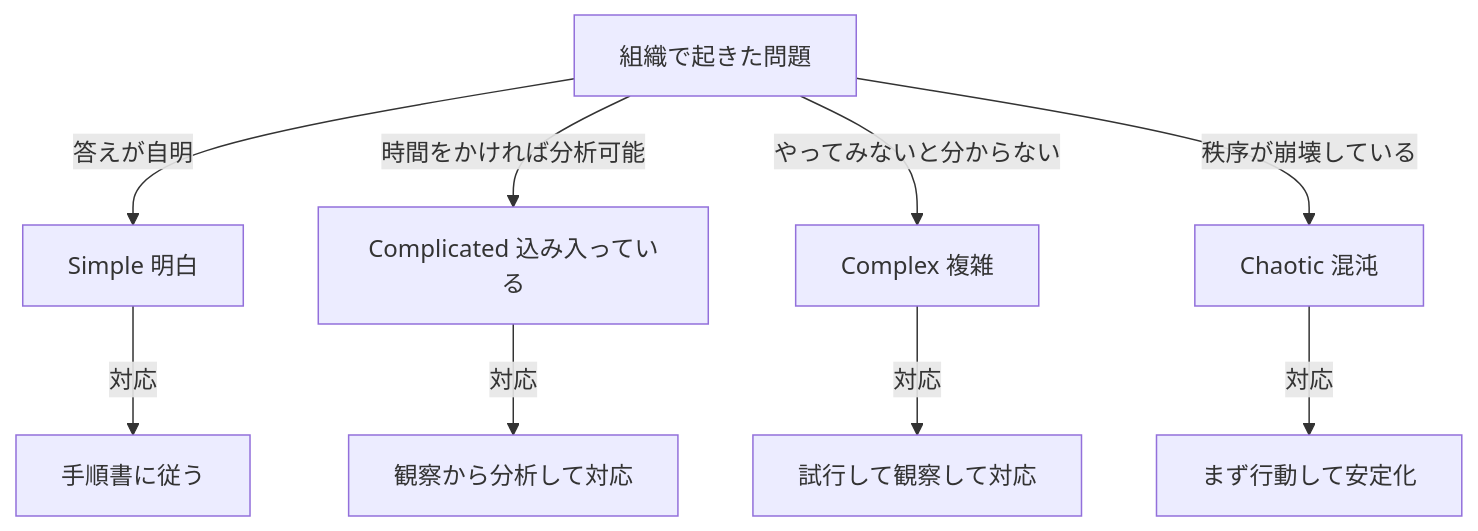
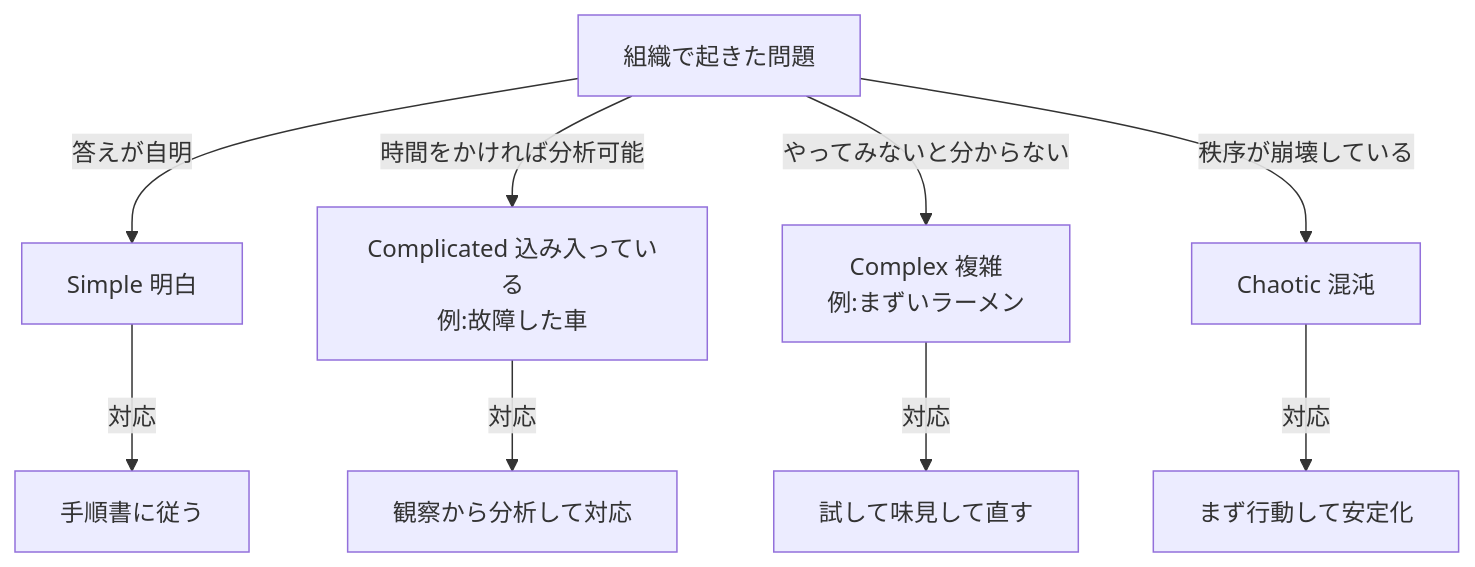
The first of 4 diagrams in management/beyond-five-whys.md (GoodRelax/gr-cheat-sheets), drawn with Mermaid before and after one commit. The commit also changed other lines of this file and 1 other file, not shown here.

````diff
--- a/management/beyond-five-whys.md
+++ b/management/beyond-five-whys.md
@@ -32,12 +52,12 @@
 ```mermaid
 flowchart TD
     Root[組織で起きた問題]
     Root -->|答えが自明| Simple[Simple 明白]
-    Root -->|時間をかければ分析可能| Comp[Complicated 込み入っている]
-    Root -->|やってみないと分からない| Cplx[Complex 複雑]
+    Root -->|時間をかければ分析可能| Comp["Complicated 込み入っている<br/>例:故障した車"]
+    Root -->|やってみないと分からない| Cplx["Complex 複雑<br/>例:まずいラーメン"]
     Root -->|秩序が崩壊している| Chao[Chaotic 混沌]
     Simple -->|対応| M1[手順書に従う]
     Comp -->|対応| M2[観察から分析して対応]
-    Cplx -->|対応| M3[試行して観察して対応]
+    Cplx -->|対応| M3[試して味見して直す]
     Chao -->|対応| M4[まず行動して安定化]
 ```
````
